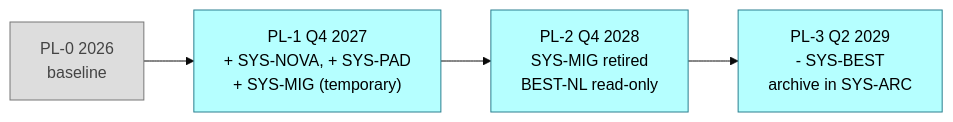
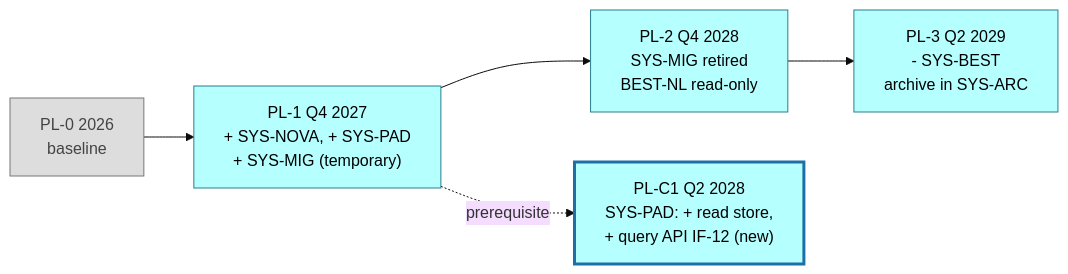
Before and after one commit to ArthurNeudeck/neudeck.gihub.io: the third of 3 diagrams in docs/architecture/blueprints/example/03-dp-blueprint-policy-admin-nonlife.md, drawn with Mermaid (base theme). The commit also changed other lines of this file and 23 other files, not shown here.

````diff
--- a/docs/architecture/blueprints/example/03-dp-blueprint-policy-admin-nonlife.md
+++ b/docs/architecture/blueprints/example/03-dp-blueprint-policy-admin-nonlife.md
@@ -147,18 +147,20 @@
 ```mermaid
 flowchart LR
   PL0["PL-0 2026<br/>baseline"]:::legacy
   PL1["PL-1 Q4 2027<br/>+ SYS-NOVA, + SYS-PAD<br/>+ SYS-MIG (temporary)"]:::app
   PL2["PL-2 Q4 2028<br/>SYS-MIG retired<br/>BEST-NL read-only"]:::app
   PL3["PL-3 Q2 2029<br/>- SYS-BEST<br/>archive in SYS-ARC"]:::app
+  PLC1["PL-C1 Q2 2028<br/>SYS-PAD: + read store,<br/>+ query API IF-12 (new)"]:::new
   PL0 --> PL1 --> PL2 --> PL3
+  PL1 -.->|prerequisite| PLC1
   classDef app fill:#b5ffff,stroke:#2a7f8f,color:#000
   classDef biz fill:#ffffb5,stroke:#a89a2b,color:#000
   classDef tech fill:#c9e7b7,stroke:#4b7f3a,color:#000
   classDef ext fill:#eeeeee,stroke:#888,color:#000
   classDef red fill:#f5a3a3,stroke:#b03030,color:#000
   classDef amber fill:#ffd591,stroke:#c98a00,color:#000
   classDef green fill:#b7e4b0,stroke:#3c8a32,color:#000
   classDef temp fill:#ffffff,stroke:#888,stroke-dasharray:5 5,color:#000
   classDef legacy fill:#dddddd,stroke:#777,color:#444
   classDef new fill:#b5ffff,stroke:#1d6fa5,stroke-width:3px,color:#000
 ```
````
